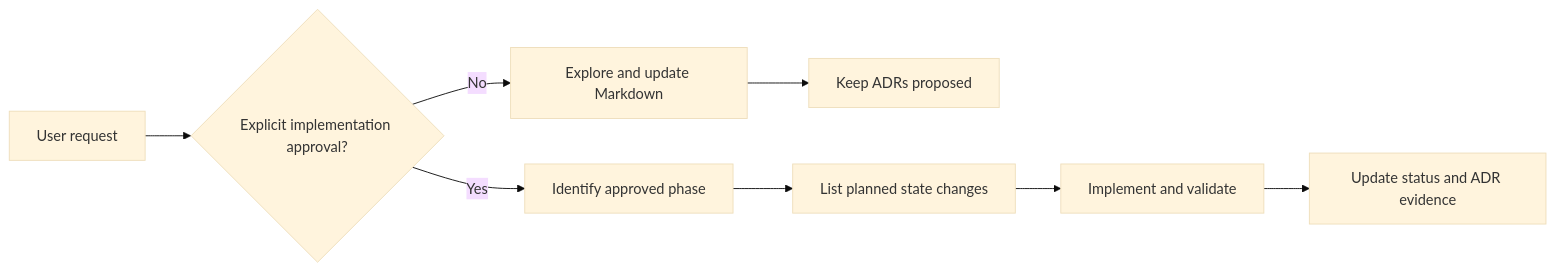
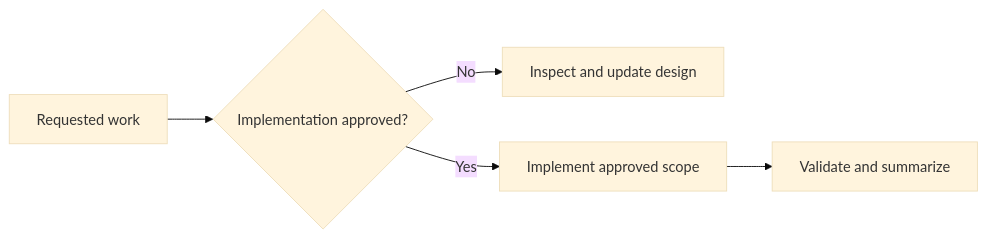
Before and after one commit to gh-andirdju/ml: the diagram in AGENTS.md, drawn with Mermaid (base theme). The commit also changed other lines of this file and 19 other files, not shown here.

````diff
--- a/AGENTS.md
+++ b/AGENTS.md
@@ -12,10 +9,7 @@
 ```mermaid
 flowchart LR
-    request[User request] --> boundary{Explicit implementation approval?}
-    boundary -- No --> design[Explore and update Markdown]
-    design --> proposed[Keep ADRs proposed]
-    boundary -- Yes --> phase[Identify approved phase]
-    phase --> changes[List planned state changes]
-    changes --> implement[Implement and validate]
-    implement --> record[Update status and ADR evidence]
+    request[Requested work] --> boundary{Implementation approved?}
+    boundary -- No --> design[Inspect and update design]
+    boundary -- Yes --> scoped[Implement approved scope]
+    scoped --> verify[Validate and summarize]
 ```
````
